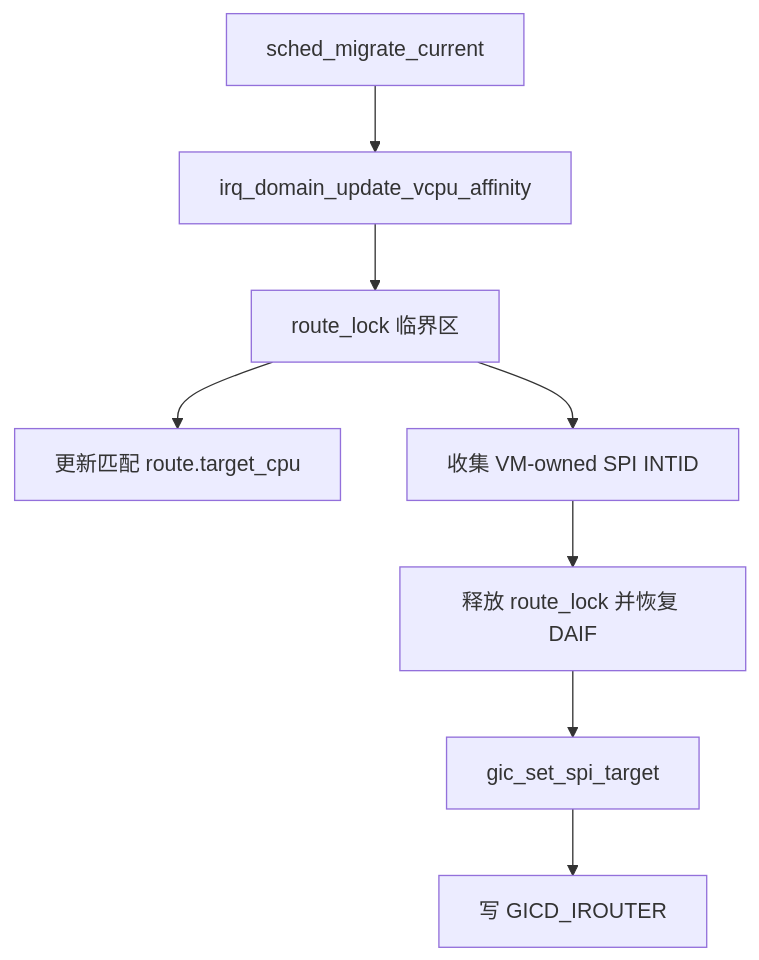
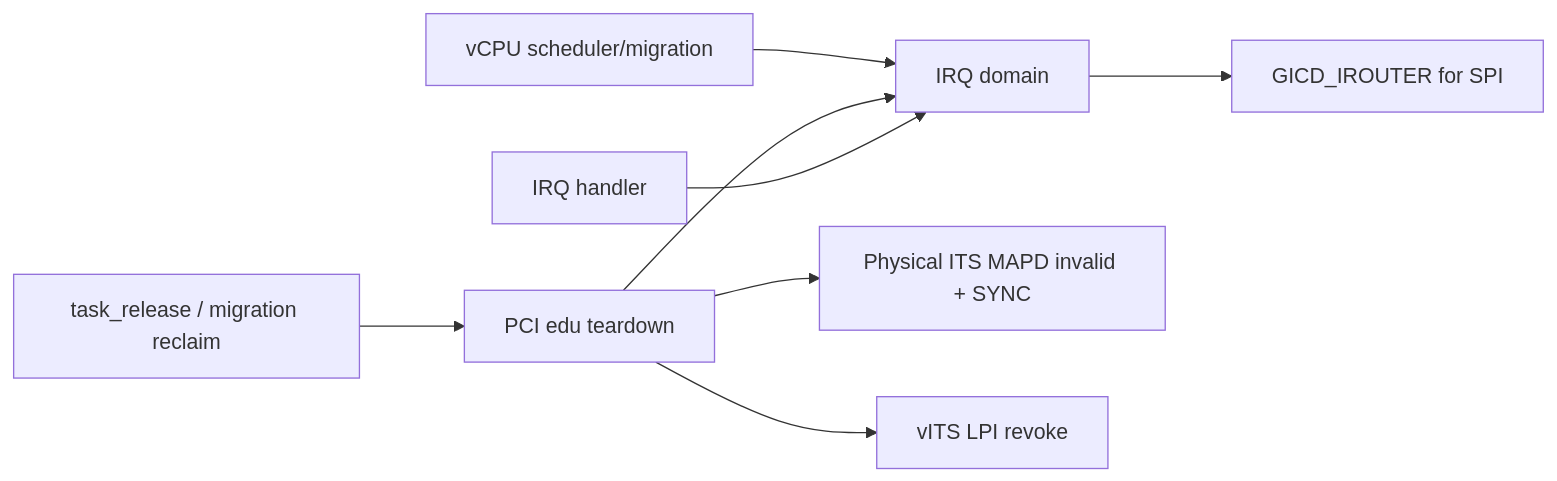
The first of 4 diagrams in docs/Phase105_IRQ迁移与设备释放_详细设计文档.md (huangtan203/avisor), drawn with Mermaid before and after one commit. The commit also changed other lines of this file, not shown here.

Commit message:
docs(irq): rebuild Phase 105 teardown design

````diff
--- a/docs/Phase105_IRQ迁移与设备释放_详细设计文档.md
+++ b/docs/Phase105_IRQ迁移与设备释放_详细设计文档.md
@@ -17,10 +15,10 @@
 ```mermaid
-flowchart TD
-    A[sched_migrate_current] --> B[irq_domain_update_vcpu_affinity]
-    B --> C[route_lock 临界区]
-    C --> D[更新匹配 route.target_cpu]
-    C --> E[收集 VM-owned SPI INTID]
-    E --> F[释放 route_lock 并恢复 DAIF]
-    F --> G[gic_set_spi_target]
-    G --> H[写 GICD_IROUTER]
+flowchart LR
+    Scheduler[vCPU scheduler/migration] --> Domain[IRQ domain]
+    Domain --> GICD[GICD_IROUTER for SPI]
+    TaskRelease[task_release / migration reclaim] --> PCI[PCI edu teardown]
+    PCI --> ITS[Physical ITS MAPD invalid + SYNC]
+    PCI --> VITS[vITS LPI revoke]
+    PCI --> Domain
+    IRQ[IRQ handler] --> Domain
 ```
````
